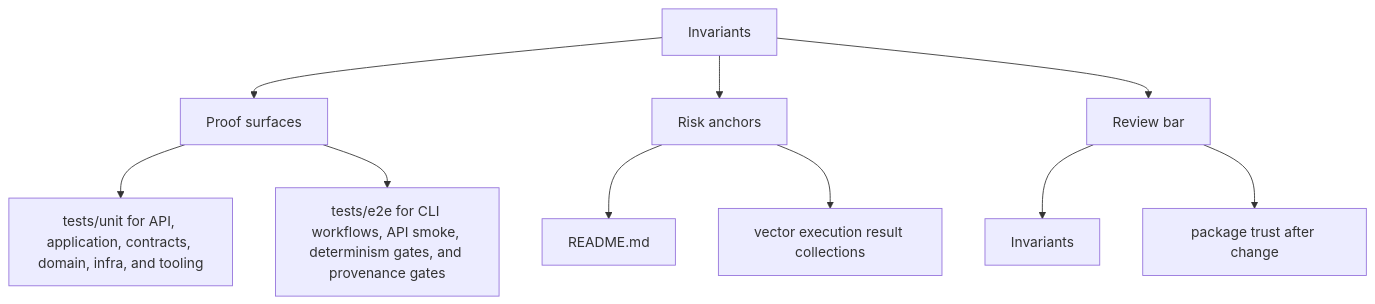
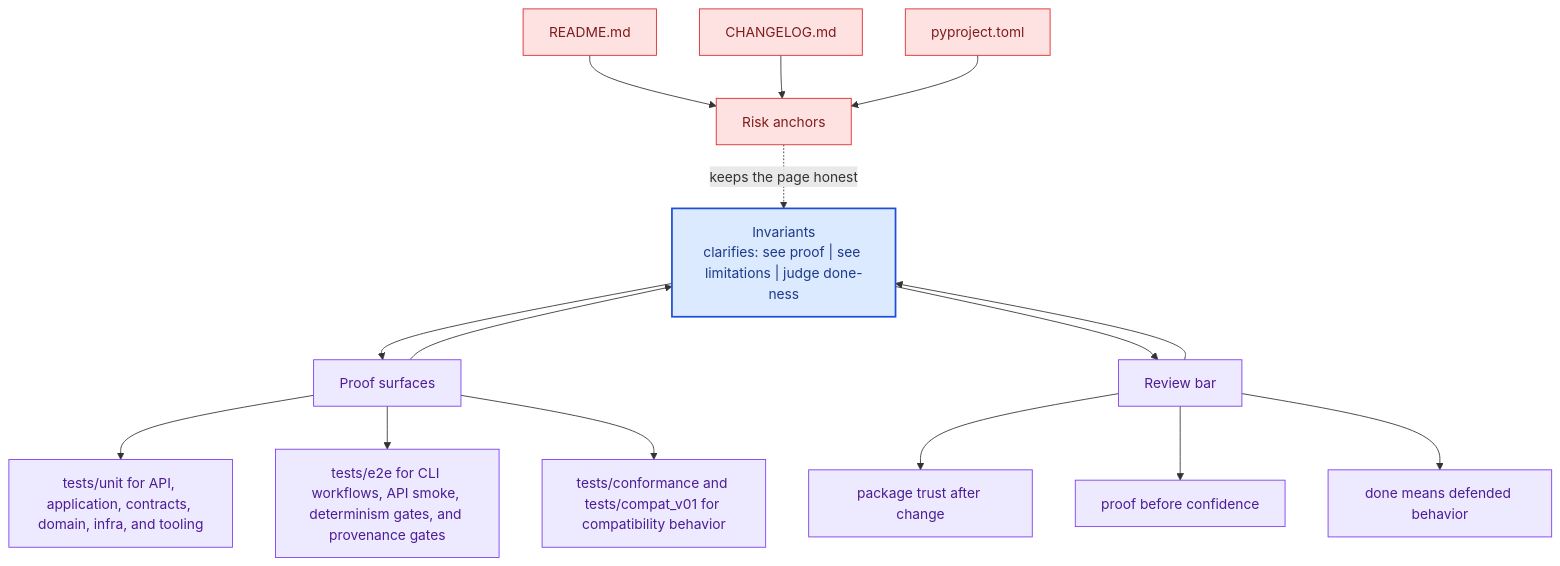
The second of 2 diagrams in docs/bijux-canon-index/quality/invariants.md (bijux/bijux-canon), drawn with Mermaid before and after one commit. The commit also changed other lines of this file and 281 other files, not shown here.

Commit message:
docs(diagrams): deepen handbook mermaid maps across the catalog

````diff
--- a/docs/bijux-canon-index/quality/invariants.md
+++ b/docs/bijux-canon-index/quality/invariants.md
@@ -34,22 +67,41 @@
 ```mermaid
-flowchart TD
-    page["Invariants"]
+flowchart TB
+    promise["Invariants<br/>clarifies: see proof | see limitations | judge done-ness"]
+    classDef promise fill:#dbeafe,stroke:#1d4ed8,color:#1e3a8a,stroke-width:2px;
+    classDef driver fill:#dcfce7,stroke:#16a34a,color:#14532d;
+    classDef constraint fill:#fee2e2,stroke:#dc2626,color:#7f1d1d;
+    classDef ground fill:#ede9fe,stroke:#7c3aed,color:#4c1d95;
     focus1["Proof surfaces"]
-    page --> focus1
+    focus1 --> promise
+    promise --> focus1
     focus1_1["tests/unit for API, application, contracts, domain, infra, and tooling"]
     focus1 --> focus1_1
     focus1_2["tests/e2e for CLI workflows, API smoke, determinism gates, and provenance gates"]
     focus1 --> focus1_2
+    focus1_3["tests/conformance and tests/compat_v01 for compatibility behavior"]
+    focus1 --> focus1_3
+    class focus1 ground;
+    class focus1_1,focus1_2,focus1_3 ground;
     focus2["Risk anchors"]
-    page --> focus2
+    focus2 -.keeps the page honest.-> promise
     focus2_1["README.md"]
-    focus2 --> focus2_1
-    focus2_2["vector execution result collections"]
-    focus2 --> focus2_2
+    focus2_1 --> focus2
+    focus2_2["CHANGELOG.md"]
+    focus2_2 --> focus2
+    focus2_3["pyproject.toml"]
+    focus2_3 --> focus2
+    class focus2 constraint;
+    class focus2_1,focus2_2,focus2_3 constraint;
     focus3["Review bar"]
-    page --> focus3
-    focus3_1["Invariants"]
+    focus3 --> promise
+    promise --> focus3
+    focus3_1["package trust after change"]
     focus3 --> focus3_1
-    focus3_2["package trust after change"]
+    focus3_2["proof before confidence"]
     focus3 --> focus3_2
+    focus3_3["done means defended behavior"]
+    focus3 --> focus3_3
+    class focus3 ground;
+    class focus3_1,focus3_2,focus3_3 ground;
+    class promise promise;
 ```
````
